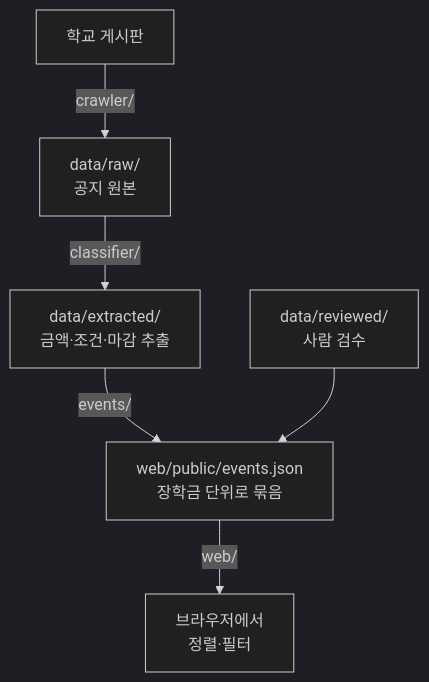
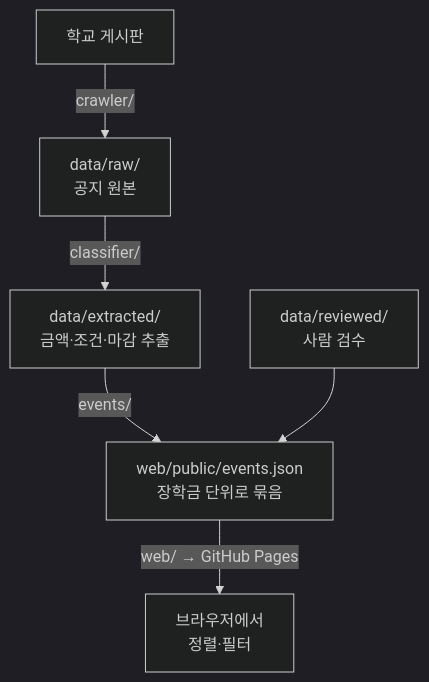
Before and after one commit to 2026ENDPoinT/team17: the diagram in README.md, drawn with Mermaid (dark theme). The commit also changed other lines of this file, not shown here.

````diff
--- a/README.md
+++ b/README.md
@@ -69,8 +61,8 @@
 ```mermaid
 flowchart TD
     A[학교 게시판] -->|crawler/| B[data/raw/<br>공지 원본]
     B -->|classifier/| C[data/extracted/<br>금액·조건·마감 추출]
     C -->|events/| E[web/public/events.json<br>장학금 단위로 묶음]
     D[data/reviewed/<br>사람 검수] --> E
-    E -->|web/| F[브라우저에서<br>정렬·필터]
+    E -->|web/ → GitHub Pages| F[브라우저에서<br>정렬·필터]
 ```
````
